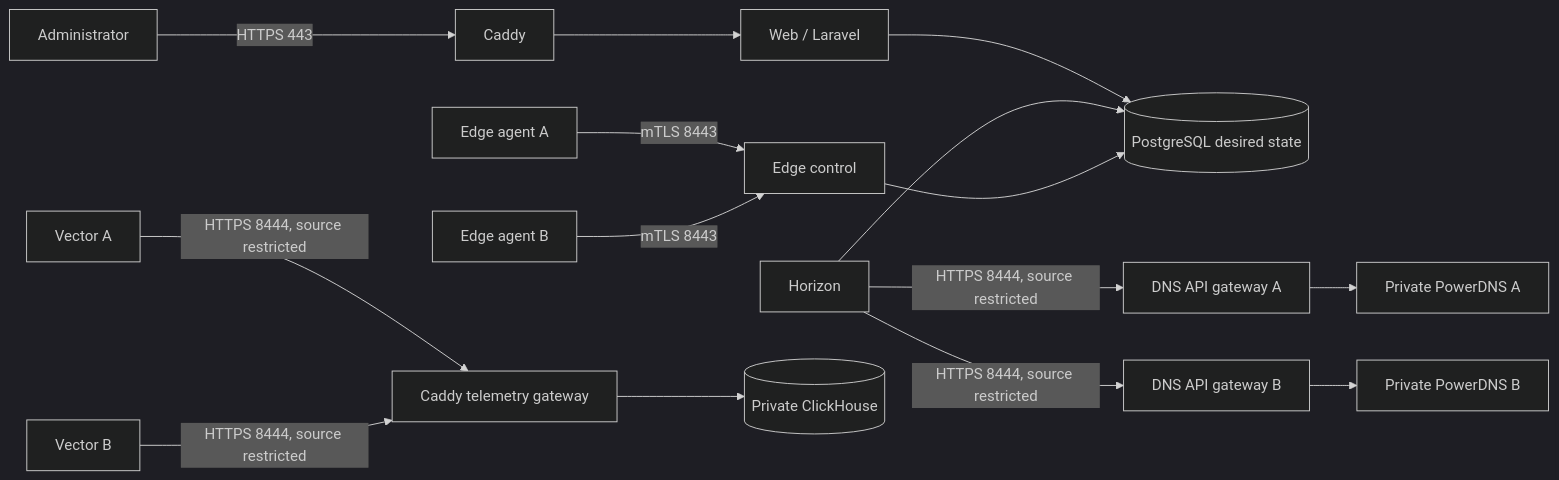
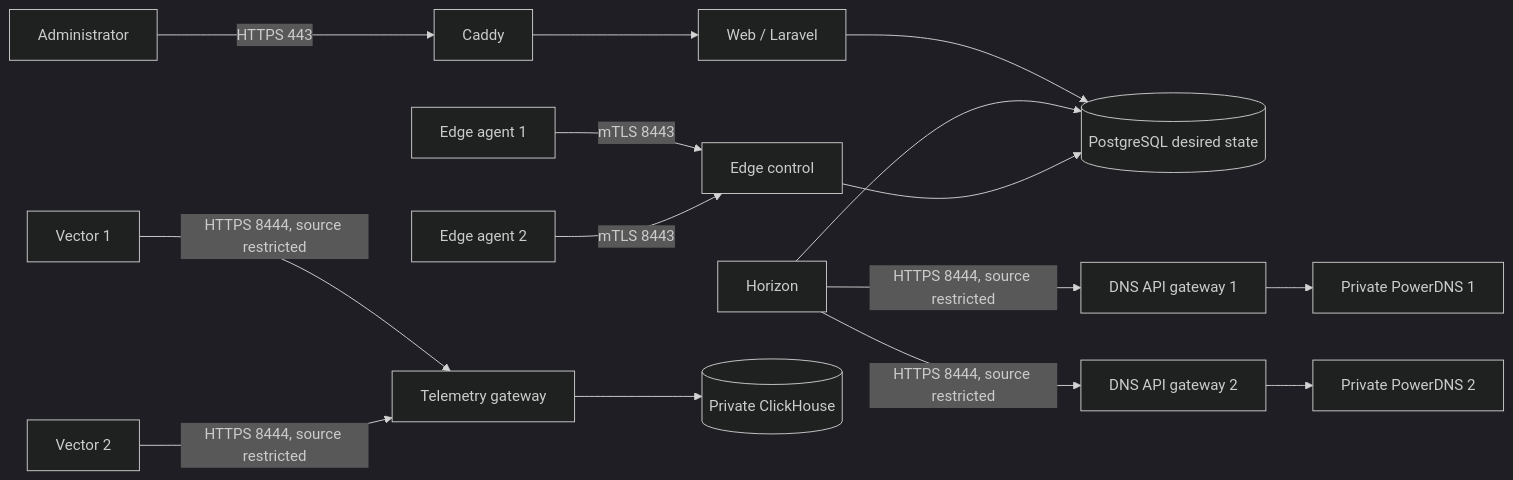
Before and after one commit to vaheed/CDNFoundry: the first of 3 diagrams in docs/production-quick-start.md, drawn with Mermaid (dark theme). The commit also changed other lines of this file and 12 other files, not shown here.

````diff
--- a/docs/production-quick-start.md
+++ b/docs/production-quick-start.md
@@ -65,17 +91,17 @@
 ```mermaid
 flowchart LR
     Admin[Administrator] -->|HTTPS 443| Caddy[Caddy]
     Caddy --> Web[Web / Laravel]
     Web --> PG[(PostgreSQL desired state)]
     Horizon[Horizon] --> PG
-    AgentA[Edge agent A] -->|mTLS 8443| EdgeControl[Edge control]
-    AgentB[Edge agent B] -->|mTLS 8443| EdgeControl
+    Agent1[Edge agent 1] -->|mTLS 8443| EdgeControl[Edge control]
+    Agent2[Edge agent 2] -->|mTLS 8443| EdgeControl
     EdgeControl --> PG
-    Horizon -->|HTTPS 8444, source restricted| ApiA[DNS API gateway A]
-    Horizon -->|HTTPS 8444, source restricted| ApiB[DNS API gateway B]
-    ApiA --> PdnsA[Private PowerDNS A]
-    ApiB --> PdnsB[Private PowerDNS B]
-    VectorA[Vector A] -->|HTTPS 8444, source restricted| Telemetry[Caddy telemetry gateway]
-    VectorB[Vector B] -->|HTTPS 8444, source restricted| Telemetry
+    Horizon -->|HTTPS 8444, source restricted| Api1[DNS API gateway 1]
+    Horizon -->|HTTPS 8444, source restricted| Api2[DNS API gateway 2]
+    Api1 --> Pdns1[Private PowerDNS 1]
+    Api2 --> Pdns2[Private PowerDNS 2]
+    Vector1[Vector 1] -->|HTTPS 8444, source restricted| Telemetry[Telemetry gateway]
+    Vector2[Vector 2] -->|HTTPS 8444, source restricted| Telemetry
     Telemetry --> CH[(Private ClickHouse)]
 ```
````
